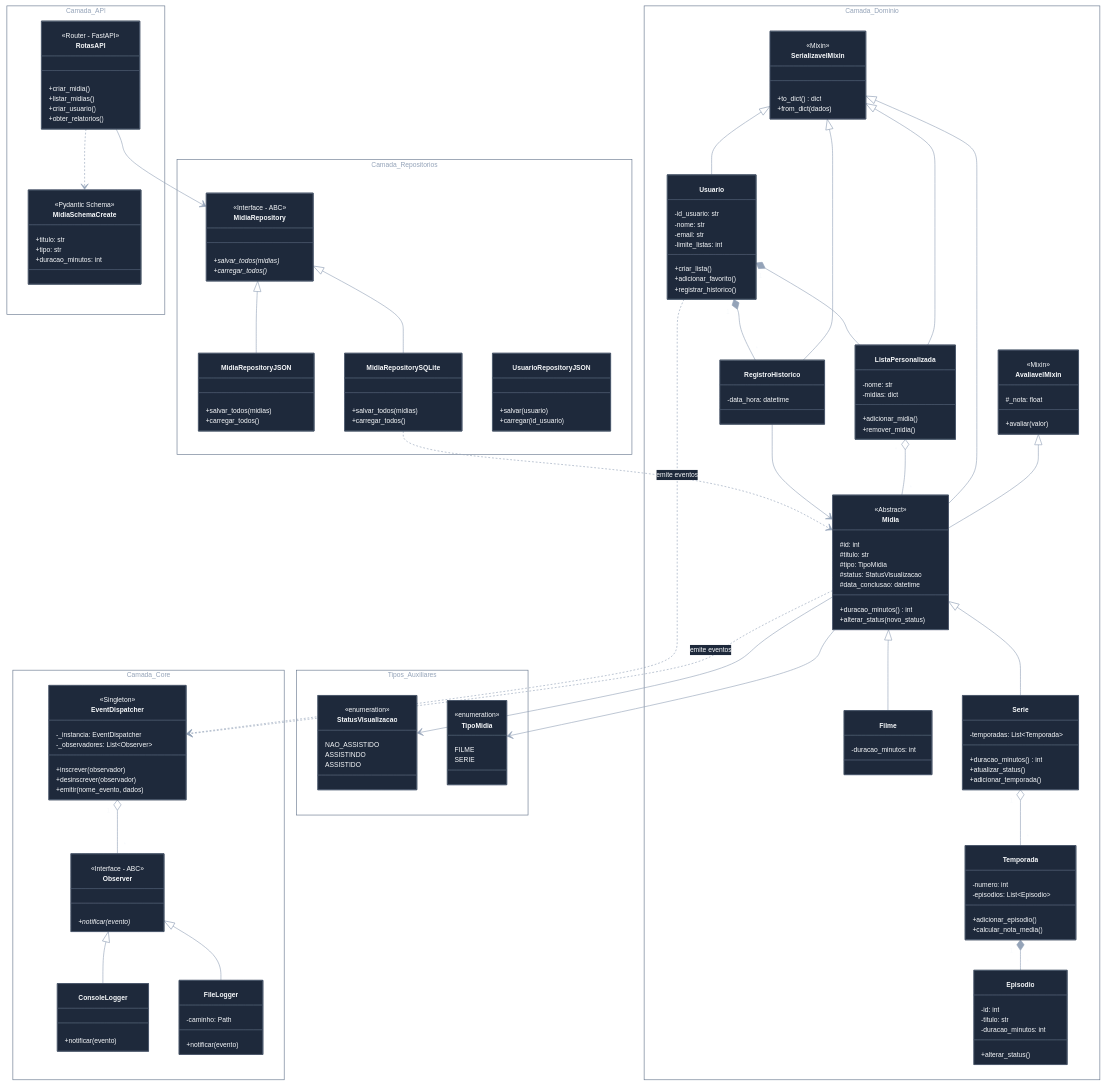
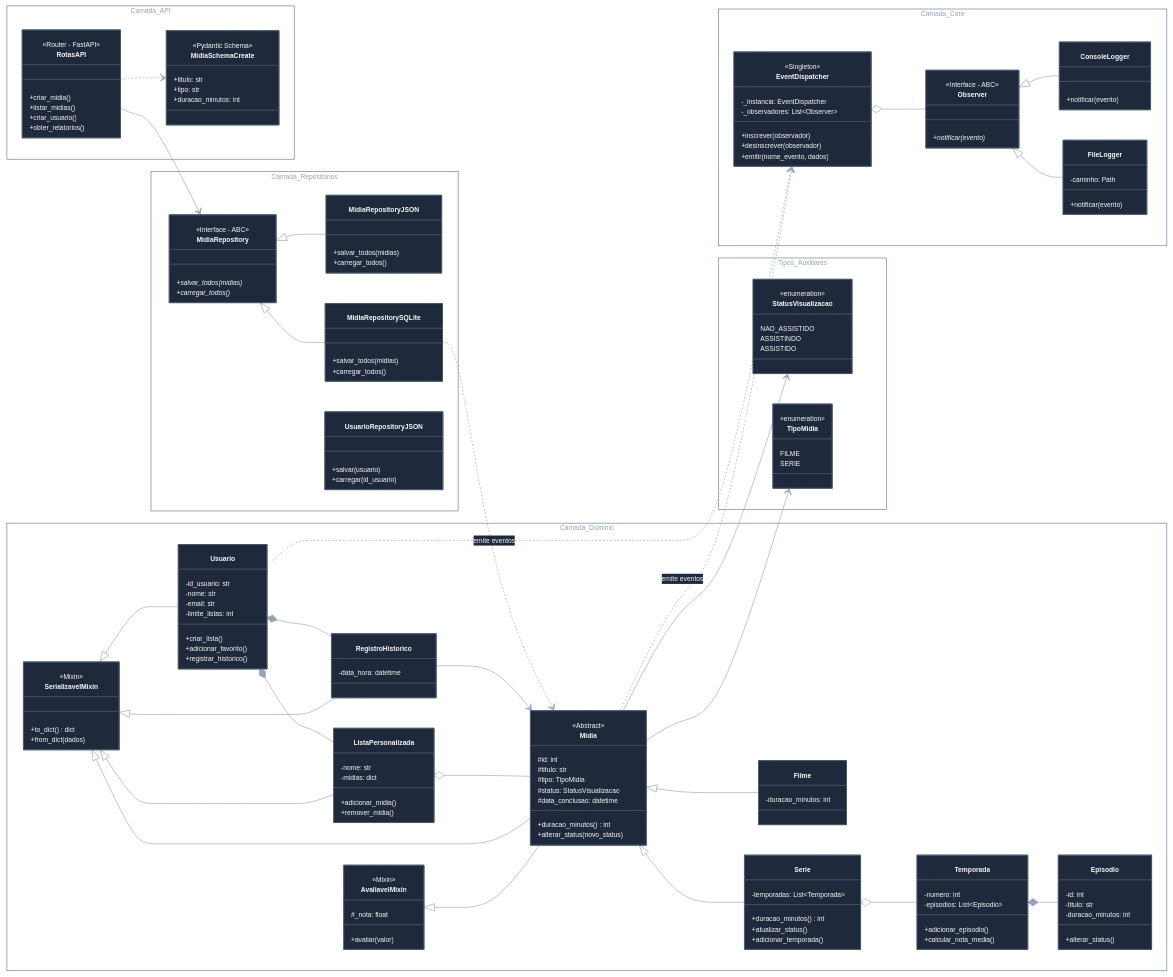
Before and after one commit to edson-santos0077/Exercicios-de-estudo-em-python: the diagram in README.md, drawn with Mermaid.

```diff
--- a/README.md
+++ b/README.md
@@ -86,7 +86,7 @@
   }
 }%%
 classDiagram
-    direction TB
+    direction LR
 
     namespace Camada_API {
         class RotasAPI {
```
